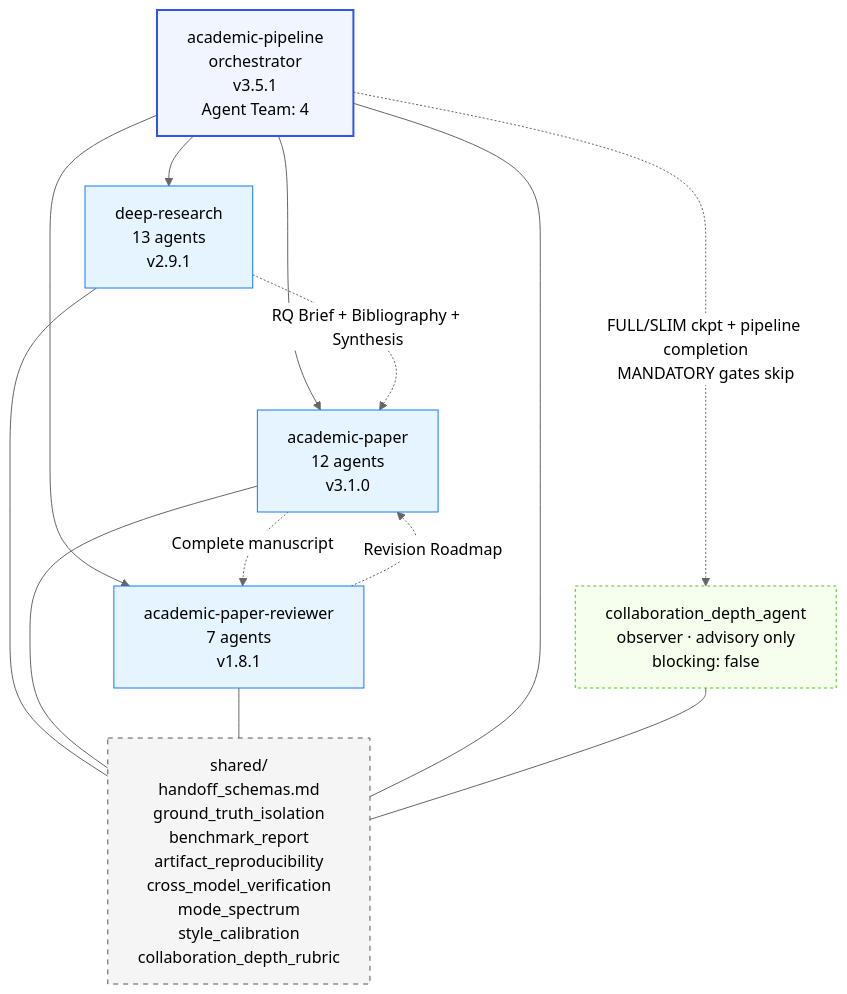
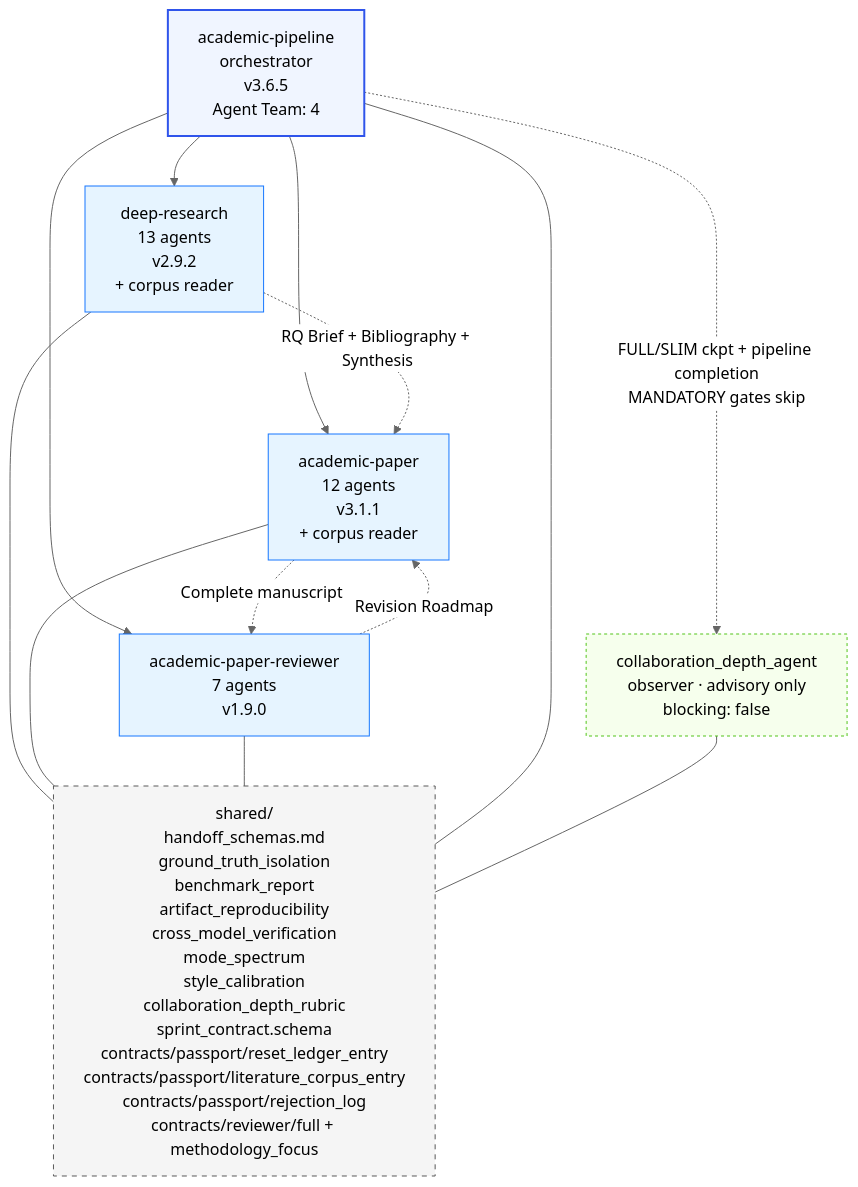
The fourth of 5 diagrams in docs/ARCHITECTURE.md (Masqiller/ARG-RESEARCHER-V4.1), drawn with Mermaid (neutral theme) before and after one commit. The commit also changed other lines of this file and 4 other files, not shown here.

First line of the commit message:
docs: refresh ARCHITECTURE / SETUP / PERFORMANCE to v3.6.5 (fast-follow) (#43)

````diff
--- a/docs/ARCHITECTURE.md
+++ b/docs/ARCHITECTURE.md
@@ -148,31 +200,31 @@
 ```mermaid
 graph TD
-    Pipeline[academic-pipeline<br/>orchestrator<br/>v3.5.1<br/>Agent Team: 4]
+    Pipeline[academic-pipeline<br/>orchestrator<br/>v3.6.5<br/>Agent Team: 4]
     Observer[collaboration_depth_agent<br/>observer · advisory only<br/>blocking: false]
-    DR[deep-research<br/>13 agents<br/>v2.9.1]
-    AP[academic-paper<br/>12 agents<br/>v3.1.0]
-    APR[academic-paper-reviewer<br/>7 agents<br/>v1.8.1]
-    Shared[shared/<br/>handoff_schemas.md<br/>ground_truth_isolation<br/>benchmark_report<br/>artifact_reproducibility<br/>cross_model_verification<br/>mode_spectrum<br/>style_calibration<br/>collaboration_depth_rubric]
+    DR[deep-research<br/>13 agents<br/>v2.9.2<br/>+ corpus reader]
+    AP[academic-paper<br/>12 agents<br/>v3.1.1<br/>+ corpus reader]
+    APR[academic-paper-reviewer<br/>7 agents<br/>v1.9.0]
+    Shared[shared/<br/>handoff_schemas.md<br/>ground_truth_isolation<br/>benchmark_report<br/>artifact_reproducibility<br/>cross_model_verification<br/>mode_spectrum<br/>style_calibration<br/>collaboration_depth_rubric<br/>sprint_contract.schema<br/>contracts/passport/reset_ledger_entry<br/>contracts/passport/literature_corpus_entry<br/>contracts/passport/rejection_log<br/>contracts/reviewer/full + methodology_focus]
 
     Pipeline --> DR
     Pipeline --> AP
     Pipeline --> APR
     Pipeline -. "FULL/SLIM ckpt + pipeline completion<br/>MANDATORY gates skip" .-> Observer
     DR -. "RQ Brief + Bibliography + Synthesis" .-> AP
     AP -. "Complete manuscript" .-> APR
     APR -. "Revision Roadmap" .-> AP
     DR --- Shared
     AP --- Shared
     APR --- Shared
     Pipeline --- Shared
     Observer --- Shared
 
     classDef orch fill:#f0f5ff,stroke:#2f54eb,stroke-width:2px
     classDef skill fill:#e6f4ff,stroke:#1677ff
     classDef shared fill:#f5f5f5,stroke:#595959,stroke-dasharray:5 5
     classDef observer fill:#f6ffed,stroke:#52c41a,stroke-dasharray:3 3
     class Pipeline orch
     class DR,AP,APR skill
     class Shared shared
     class Observer observer
 ```
````
